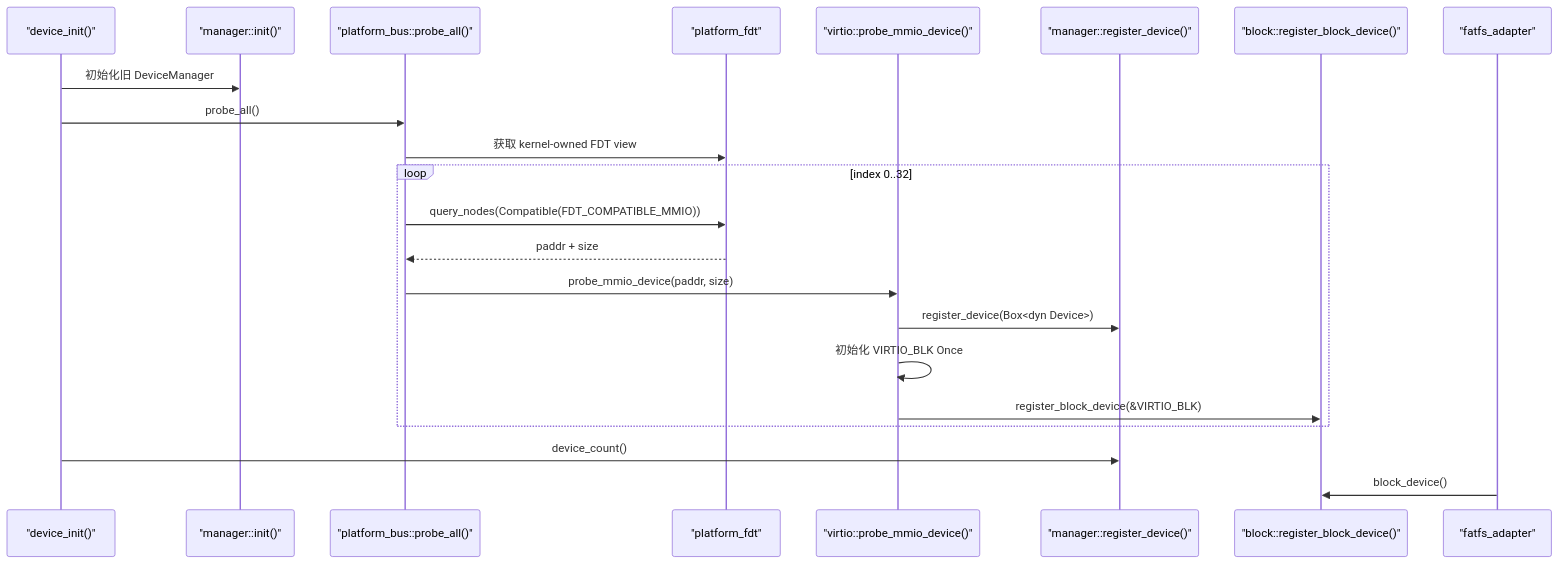
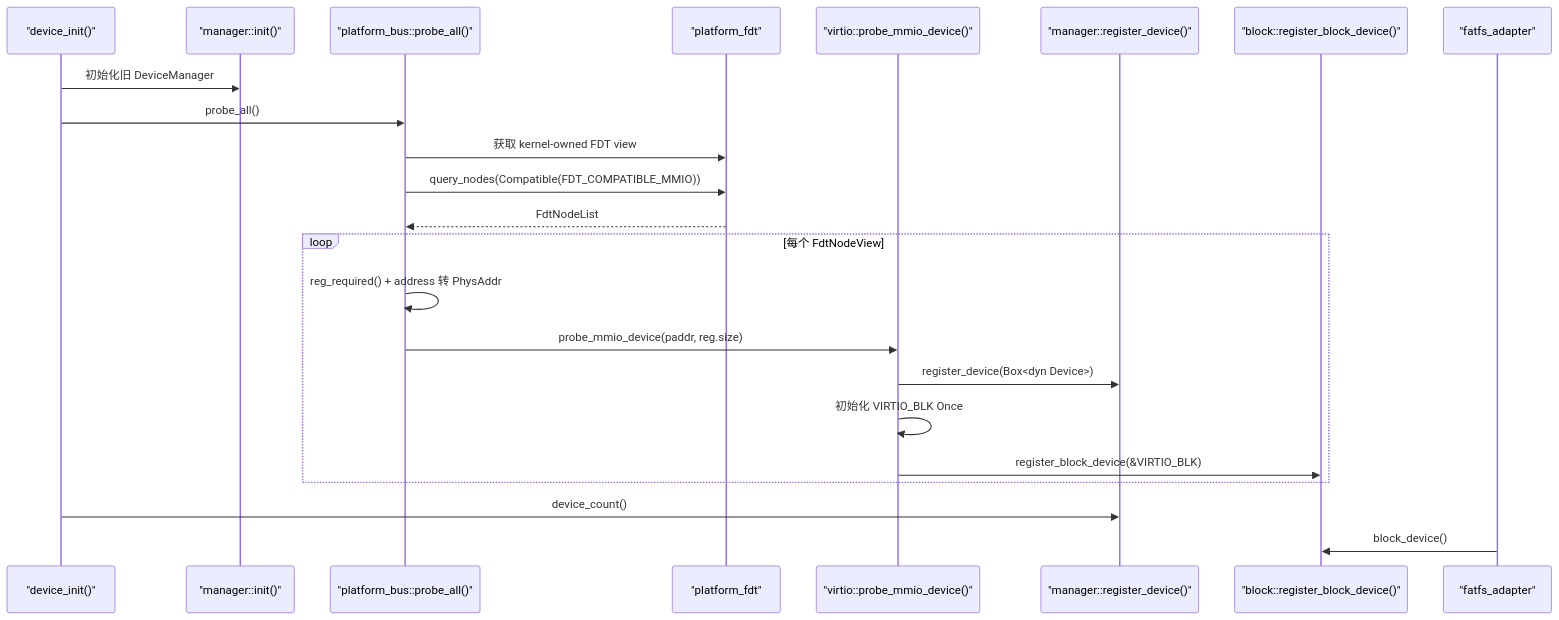
Before and after one commit to MRNIU/SimpleKernel: the first of 2 diagrams in docs/design/device-d2-driver-descriptor-probe.md, drawn with Mermaid. The commit also changed other lines of this file and 1 other file, not shown here.

First line of the commit message:
docs(device): align D2 registry design with platform_fdt

````diff
--- a/docs/design/device-d2-driver-descriptor-probe.md
+++ b/docs/design/device-d2-driver-descriptor-probe.md
@@ -82,25 +84,26 @@
 ```mermaid
 sequenceDiagram
   participant Init as "device_init()"
   participant Manager as "manager::init()"
   participant Bus as "platform_bus::probe_all()"
   participant Fdt as "platform_fdt"
   participant Virtio as "virtio::probe_mmio_device()"
   participant DeviceManager as "manager::register_device()"
   participant Block as "block::register_block_device()"
   participant Fs as "fatfs_adapter"
 
   Init->>Manager: 初始化旧 DeviceManager
   Init->>Bus: probe_all()
   Bus->>Fdt: 获取 kernel-owned FDT view
-  loop index 0..32
-    Bus->>Fdt: query_nodes(Compatible(FDT_COMPATIBLE_MMIO))
-    Fdt-->>Bus: paddr + size
-    Bus->>Virtio: probe_mmio_device(paddr, size)
+  Bus->>Fdt: query_nodes(Compatible(FDT_COMPATIBLE_MMIO))
+  Fdt-->>Bus: FdtNodeList
+  loop 每个 FdtNodeView
+    Bus->>Bus: reg_required() + address 转 PhysAddr
+    Bus->>Virtio: probe_mmio_device(paddr, reg.size)
     Virtio->>DeviceManager: register_device(Box<dyn Device>)
     Virtio->>Virtio: 初始化 VIRTIO_BLK Once
     Virtio->>Block: register_block_device(&VIRTIO_BLK)
   end
   Init->>DeviceManager: device_count()
   Fs->>Block: block_device()
 ```
````
